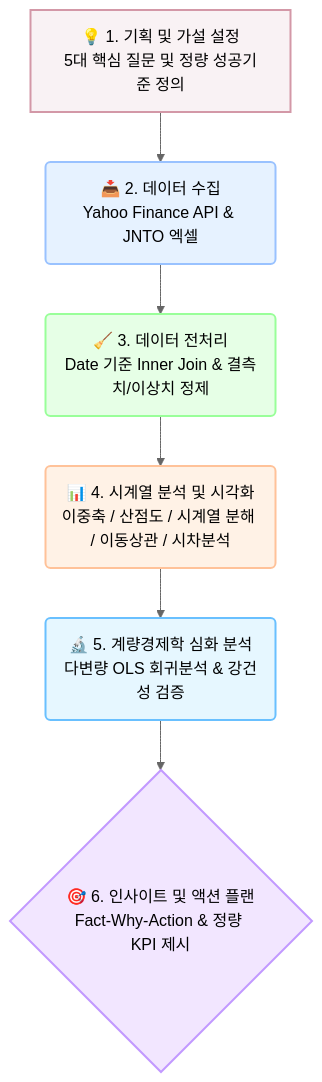
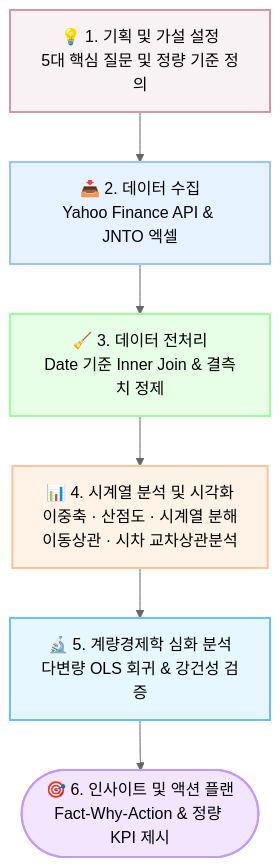
Before and after one commit to mustiolla/japan-travel-analysis: the diagram in REPORT.md, drawn with Mermaid (neutral theme). The commit also changed 1 other file, not shown here.

Commit message:
fix: README.md 및 REPORT.md 내 Mermaid 흐름도 글씨 짤림 방지 (노드 형태 및 줄바꿈 최적화)

````diff
--- a/REPORT.md
+++ b/REPORT.md
@@ -13,15 +13,15 @@
 ```mermaid
-graph TD
-    A[💡 1. 기획 및 가설 설정<br>5대 핵심 질문 및 정량 성공기준 정의] --> B(📥 2. 데이터 수집<br>Yahoo Finance API & JNTO 엑셀)
-    B --> C(🧹 3. 데이터 전처리<br>Date 기준 Inner Join & 결측치/이상치 정제)
-    C --> D(📊 4. 시계열 분석 및 시각화<br>이중축 / 산점도 / 시계열 분해 / 이동상관 / 시차분석)
-    D --> E(🔬 5. 계량경제학 심화 분석<br>다변량 OLS 회귀분석 & 강건성 검증)
-    E --> F{🎯 6. 인사이트 및 액션 플랜<br>Fact-Why-Action & 정량 KPI 제시}
+flowchart TD
+    A["💡 1. 기획 및 가설 설정<br>5대 핵심 질문 및 정량 기준 정의"] --> B["📥 2. 데이터 수집<br>Yahoo Finance API & JNTO 엑셀"]
+    B --> C["🧹 3. 데이터 전처리<br>Date 기준 Inner Join & 결측치 정제"]
+    C --> D["📊 4. 시계열 분석 및 시각화<br>이중축 · 산점도 · 시계열 분해<br>이동상관 · 시차 교차상관분석"]
+    D --> E["🔬 5. 계량경제학 심화 분석<br>다변량 OLS 회귀 & 강건성 검증"]
+    E --> F(["🎯 6. 인사이트 및 액션 플랜<br>Fact-Why-Action & 정량 KPI 제시"])
 
     style A fill:#f9f2f4,stroke:#d398a7,stroke-width:2px
     style B fill:#e6f2ff,stroke:#99c2ff,stroke-width:2px
     style C fill:#e6ffe6,stroke:#99ff99,stroke-width:2px
     style D fill:#fff2e6,stroke:#ffc299,stroke-width:2px
     style E fill:#e6f7ff,stroke:#69c0ff,stroke-width:2px
     style F fill:#f2e6ff,stroke:#c299ff,stroke-width:2px
 ```
````
